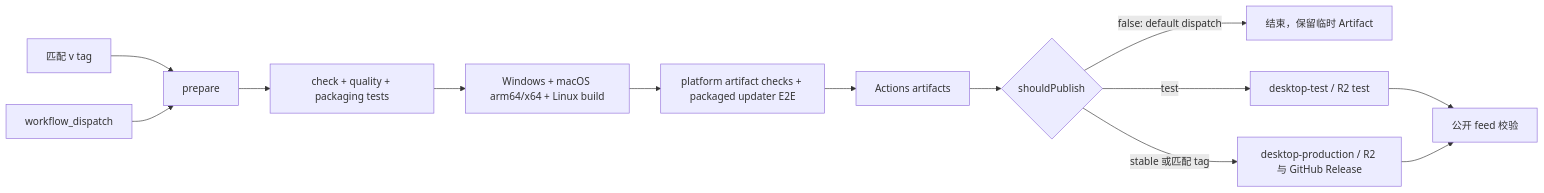
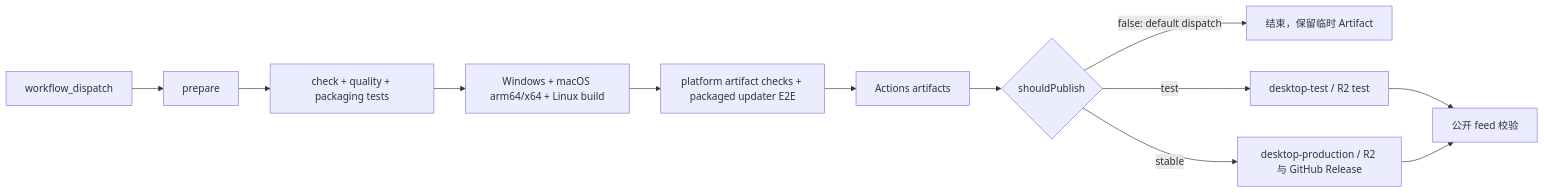
Before and after one commit to Chinachani/567-agent-2.0: the diagram in docs/release/desktop-release-runbook.md, drawn with Mermaid. The commit also changed other lines of this file and 508 other files, not shown here.

````diff
--- a/docs/release/desktop-release-runbook.md
+++ b/docs/release/desktop-release-runbook.md
@@ -34,15 +34,14 @@
 ```mermaid
 flowchart LR
-    T[匹配 v<package-version> tag] --> P[prepare]
-    D[workflow_dispatch] --> P
+    D[workflow_dispatch] --> P[prepare]
     P --> Q[check + quality + packaging tests]
     Q --> B[Windows + macOS arm64/x64 + Linux build]
     B --> V[platform artifact checks + packaged updater E2E]
     V --> A[Actions artifacts]
     A --> R{shouldPublish}
     R -->|false: default dispatch| E[结束，保留临时 Artifact]
     R -->|test| RT[desktop-test / R2 test]
-    R -->|stable 或匹配 tag| RS[desktop-production / R2 与 GitHub Release]
+    R -->|stable| RS[desktop-production / R2 与 GitHub Release]
     RT --> F[公开 feed 校验]
     RS --> F
 ```
````
